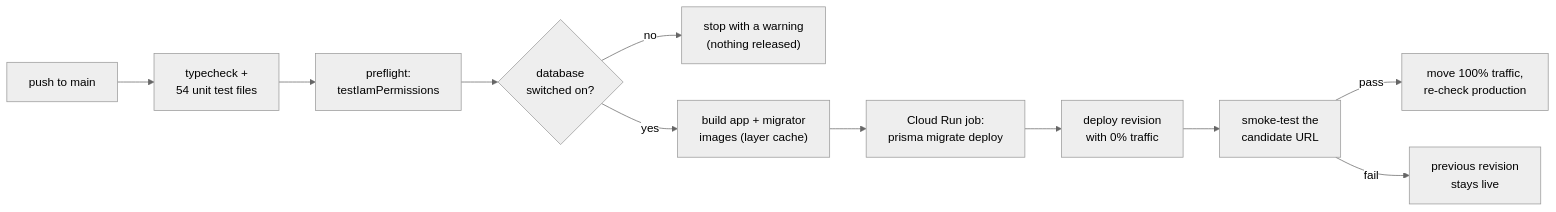
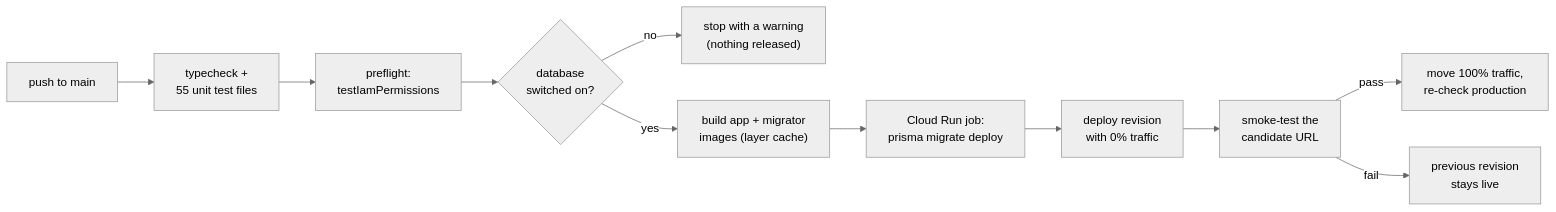
One commit to baldan555/gatherinsight-platform changed the second of 2 diagrams in README.md. Above: the diagram before and after it, drawn with Mermaid (neutral theme). The commit also changed 1 other file, not shown here.

Commit message:
Pipeline mirror: 55 unit test files

````diff
--- a/README.md
+++ b/README.md
@@ -64,13 +64,13 @@
 ```mermaid
 flowchart LR
-  push["push to main"] --> verify["typecheck +<br/>54 unit test files"]
+  push["push to main"] --> verify["typecheck +<br/>55 unit test files"]
   verify --> pre["preflight:<br/>testIamPermissions"]
   pre --> db{"database<br/>switched on?"}
   db -->|no| skip["stop with a warning<br/>(nothing released)"]
   db -->|yes| build["build app + migrator<br/>images (layer cache)"]
   build --> mig["Cloud Run job:<br/>prisma migrate deploy"]
   mig --> cand["deploy revision<br/>with 0% traffic"]
   cand --> smoke["smoke-test the<br/>candidate URL"]
   smoke -->|pass| promote["move 100% traffic,<br/>re-check production"]
   smoke -->|fail| keep["previous revision<br/>stays live"]
 ```
````
